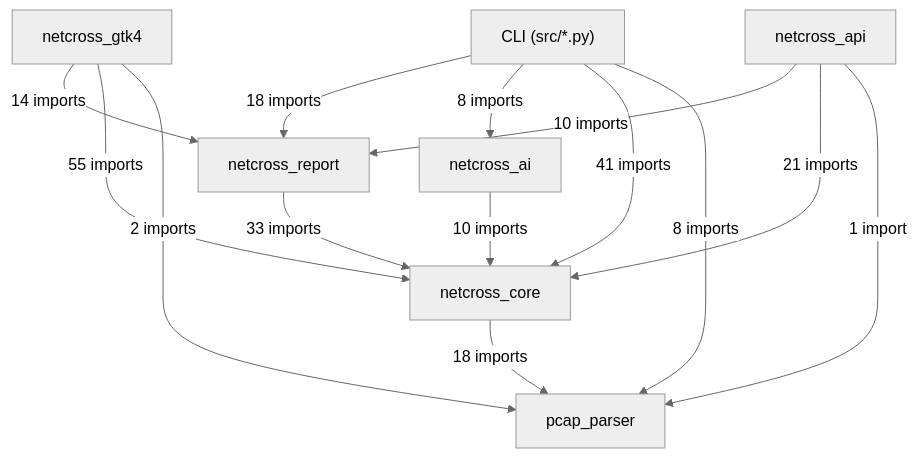
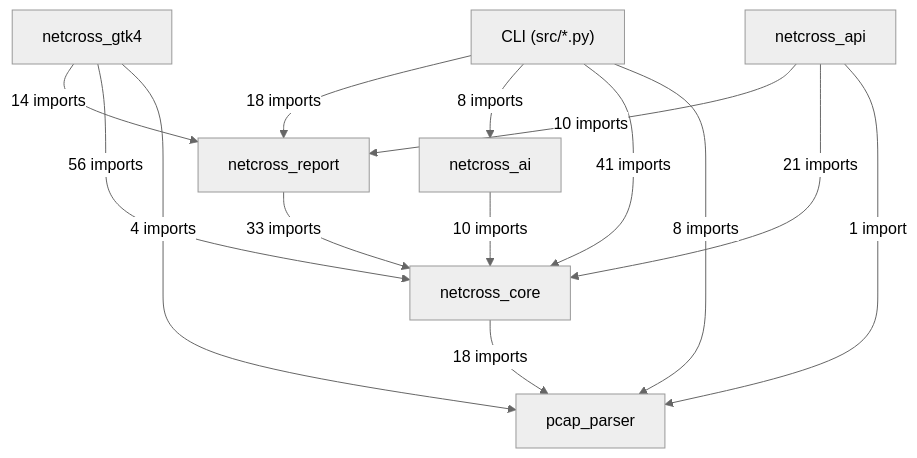
Before and after one commit to Mathide-Team/Netcross: the first of 19 diagrams in docs/class-diagram.md, drawn with Mermaid (neutral theme). The commit also changed other lines of this file and 6 other files, not shown here.

````diff
--- a/docs/class-diagram.md
+++ b/docs/class-diagram.md
@@ -26,23 +26,23 @@
 ```mermaid
 flowchart TD
     CLI["CLI (src/*.py)"]
     netcross_gtk4["netcross_gtk4"]
     netcross_api["netcross_api"]
     netcross_report["netcross_report"]
     netcross_ai["netcross_ai"]
     netcross_core["netcross_core"]
     pcap_parser["pcap_parser"]
     CLI -->|"18 imports"| netcross_report
     CLI -->|"8 imports"| netcross_ai
     CLI -->|"41 imports"| netcross_core
     CLI -->|"8 imports"| pcap_parser
     netcross_gtk4 -->|"14 imports"| netcross_report
-    netcross_gtk4 -->|"55 imports"| netcross_core
-    netcross_gtk4 -->|"2 imports"| pcap_parser
+    netcross_gtk4 -->|"56 imports"| netcross_core
+    netcross_gtk4 -->|"4 imports"| pcap_parser
     netcross_api -->|"10 imports"| netcross_report
     netcross_api -->|"21 imports"| netcross_core
     netcross_api -->|"1 import"| pcap_parser
     netcross_report -->|"33 imports"| netcross_core
     netcross_ai -->|"10 imports"| netcross_core
     netcross_core -->|"18 imports"| pcap_parser
 ```
````
